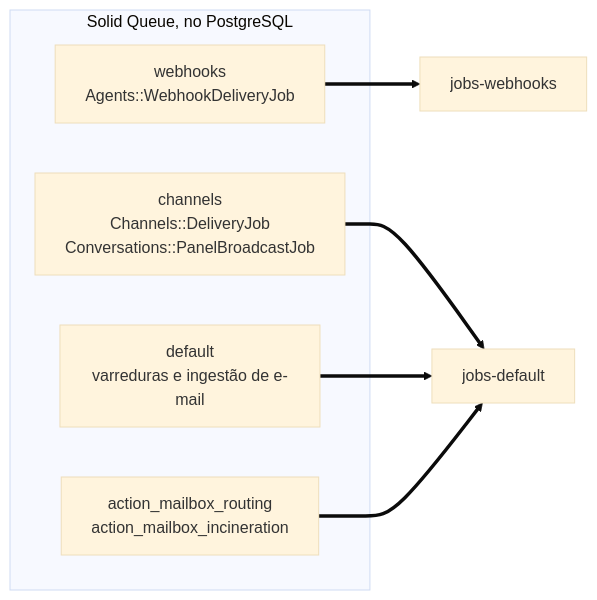
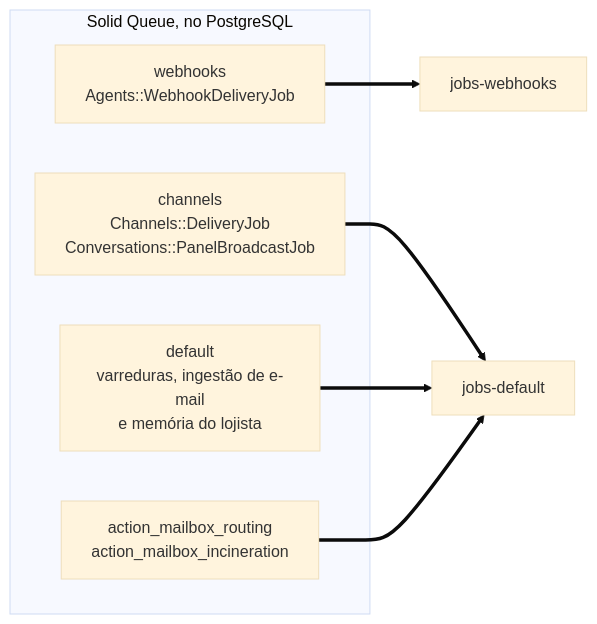
One commit to lcordeirokopke/Cloudesk changed the fourth of 23 diagrams in documents/arquitetura.md. Above: the diagram before and after it, drawn with Mermaid (base theme). The commit also changed other lines of this file and 49 other files, not shown here.

````diff
--- a/documents/arquitetura.md
+++ b/documents/arquitetura.md
@@ -265,14 +265,14 @@
 ```mermaid
 flowchart LR
     subgraph SQ["Solid Queue, no PostgreSQL"]
         QW["webhooks<br/>Agents::WebhookDeliveryJob"]
         QC["channels<br/>Channels::DeliveryJob<br/>Conversations::PanelBroadcastJob"]
-        QD["default<br/>varreduras e ingestão de e-mail"]
+        QD["default<br/>varreduras, ingestão de e-mail<br/>e memória do lojista"]
         QM["action_mailbox_routing<br/>action_mailbox_incineration"]
     end
 
     QW ==> JW["jobs-webhooks"]
     QC ==> JD["jobs-default"]
     QD ==> JD
     QM ==> JD
 ```
````
